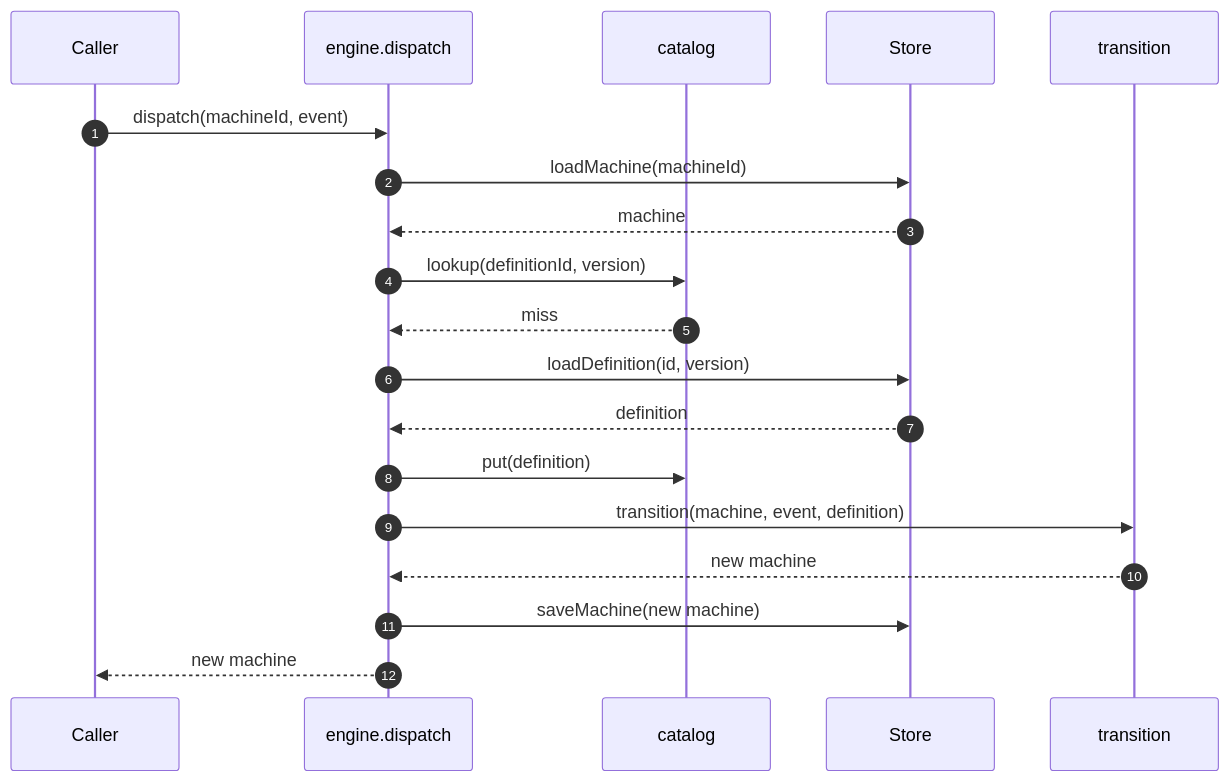
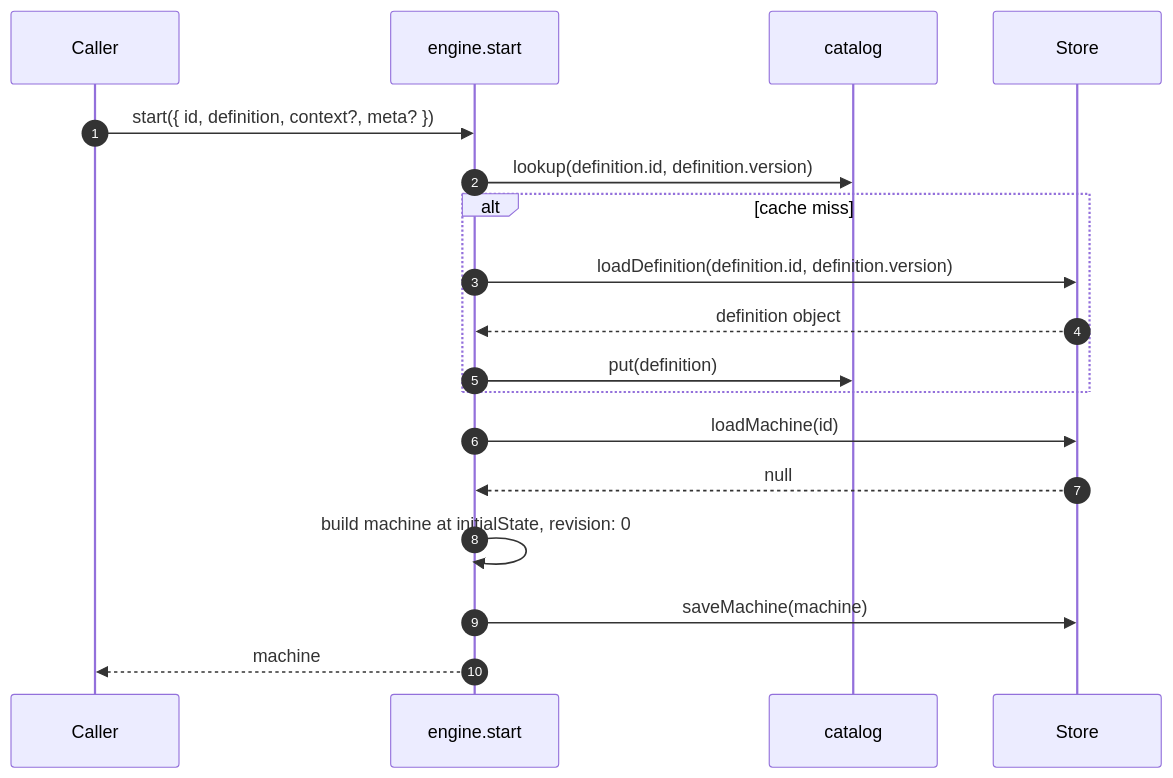
The first of 3 diagrams in architecture.md (foreman-lab/handbook), drawn with Mermaid before and after one commit. The commit also changed other lines of this file, not shown here.

First line of the commit message:
docs: polish state machine module (#8)

````diff
--- a/architecture.md
+++ b/architecture.md
@@ -251,22 +285,21 @@
 ```mermaid
 sequenceDiagram
     autonumber
     participant C as Caller
-    participant E as engine.dispatch
+    participant E as engine.start
     participant Cat as catalog
     participant S as Store
-    participant Dom as transition
 
-    C->>E: dispatch(machineId, event)
-    E->>S: loadMachine(machineId)
-    S-->>E: machine
-    E->>Cat: lookup(definitionId, version)
-    Cat-->>E: miss
-    E->>S: loadDefinition(id, version)
-    S-->>E: definition
-    E->>Cat: put(definition)
-    E->>Dom: transition(machine, event, definition)
-    Dom-->>E: new machine
-    E->>S: saveMachine(new machine)
-    E-->>C: new machine
+    C->>E: start({ id, definition, context?, meta? })
+    E->>Cat: lookup(definition.id, definition.version)
+    alt cache miss
+        E->>S: loadDefinition(definition.id, definition.version)
+        S-->>E: definition object
+        E->>Cat: put(definition)
+    end
+    E->>S: loadMachine(id)
+    S-->>E: null
+    E->>E: build machine at initialState, revision: 0
+    E->>S: saveMachine(machine)
+    E-->>C: machine
 ```
````
